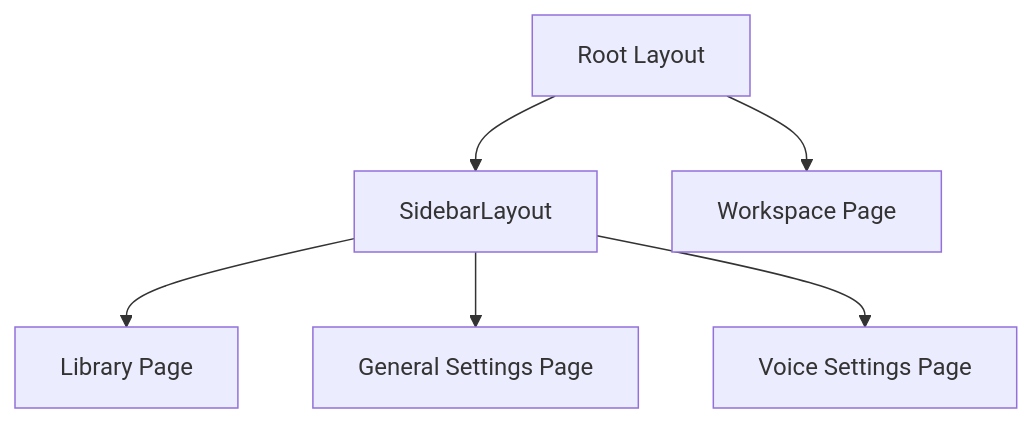
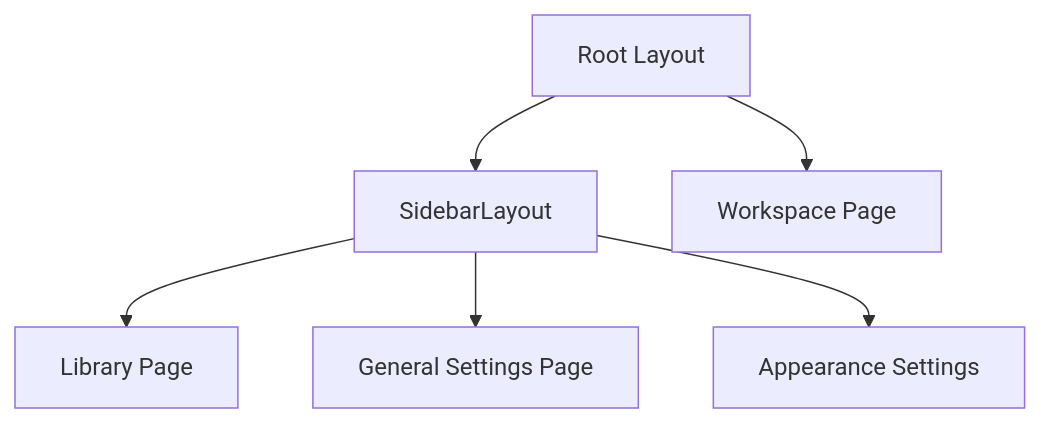
Before and after one commit to himanshusingh1212/doclens-ai: the diagram in documentation/Pages/MOC — Pages.md, drawn with Mermaid. The commit also changed other lines of this file and 21 other files, not shown here.

````diff
--- a/documentation/Pages/MOC — Pages.md
+++ b/documentation/Pages/MOC — Pages.md
@@ -24,8 +24,8 @@
 ```mermaid
 graph TD
     App[Root Layout] --> SL[SidebarLayout]
     SL --> Library[Library Page]
     SL --> GenSet[General Settings Page]
-    SL --> VoiceSet[Voice Settings Page]
+    SL --> Appearance[Appearance Settings]
     App --> Workspace[Workspace Page]
 ```
````
